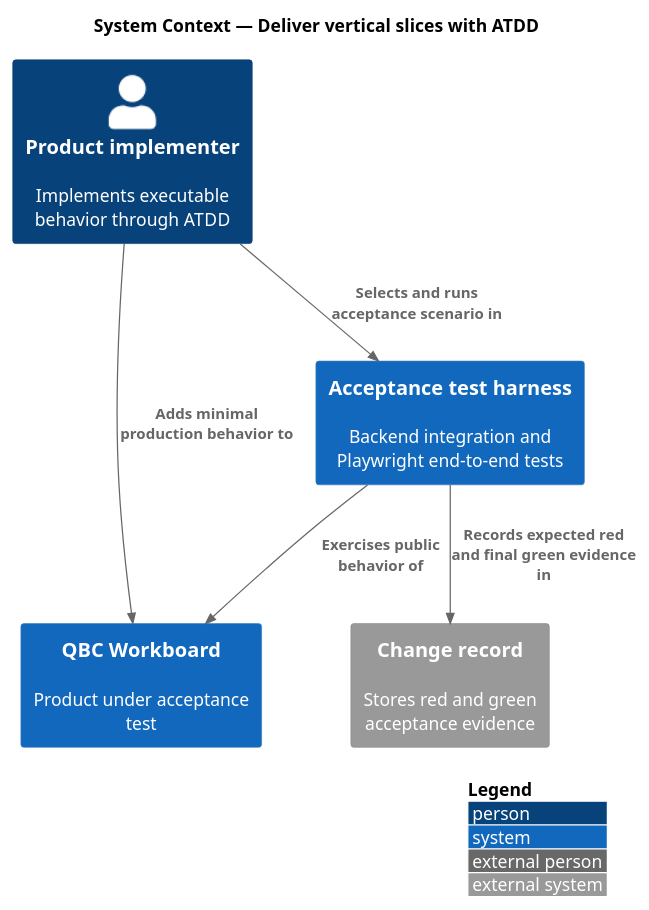
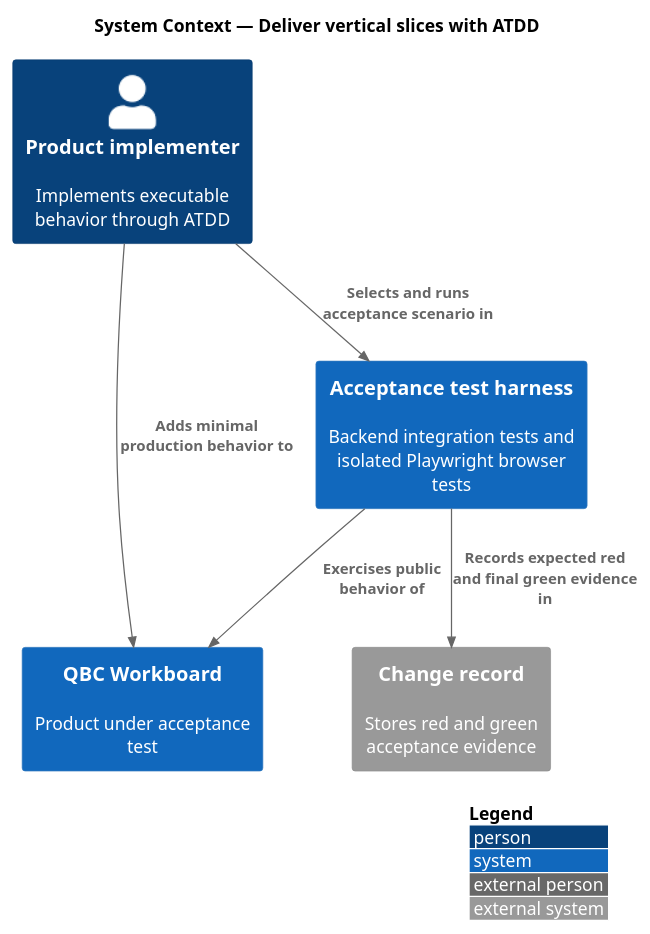
The diagram in docs/detailed-designs/quality/deliver-with-atdd/diagrams/c4-context.puml (QuinntyneBrown/quinntyne-brown-consulting), drawn with PlantUML before and after one commit. The commit also changed 24 other files, not shown here.

```diff
--- a/docs/detailed-designs/quality/deliver-with-atdd/diagrams/c4-context.puml
+++ b/docs/detailed-designs/quality/deliver-with-atdd/diagrams/c4-context.puml
@@ -1,15 +1,15 @@
 @startuml
 !include <C4/C4_Context>
 LAYOUT_WITH_LEGEND()
 title System Context — Deliver vertical slices with ATDD
 
 Person(implementer, "Product implementer", "Implements executable behavior through ATDD")
 System(workboard, "QBC Workboard", "Product under acceptance test")
-System(testHarness, "Acceptance test harness", "Backend integration and Playwright end-to-end tests")
+System(testHarness, "Acceptance test harness", "Backend integration tests and isolated Playwright browser tests")
 System_Ext(changeRecord, "Change record", "Stores red and green acceptance evidence")
 
 Rel(implementer, testHarness, "Selects and runs acceptance scenario in")
 Rel(testHarness, workboard, "Exercises public behavior of")
 Rel(implementer, workboard, "Adds minimal production behavior to")
 Rel(testHarness, changeRecord, "Records expected red and final green evidence in")
 @enduml
```
